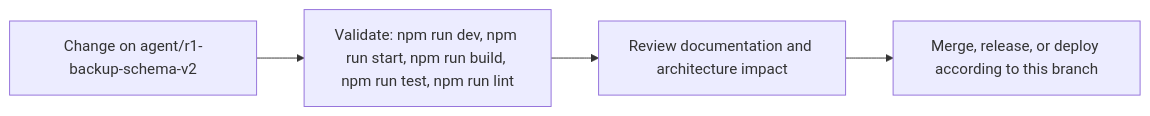
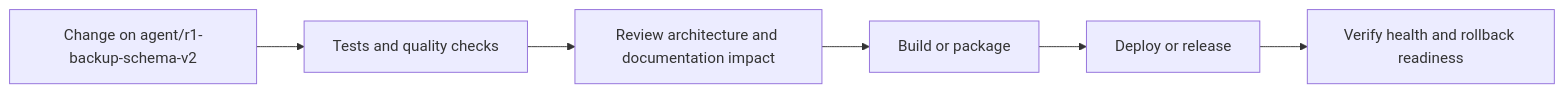
Before and after one commit to Nischhalsubba/BindForge-NW: the fourth of 5 diagrams in README.md, drawn with Mermaid. The commit also changed other lines of this file, not shown here.

````diff
--- a/README.md
+++ b/README.md
@@ -79,8 +158,8 @@
 ```mermaid
 flowchart LR
-    CHANGE["Change on agent/r1-backup-schema-v2"]
-    CHECK["Validate: npm run dev, npm run start, npm run build, npm run test, npm run lint"]
-    REVIEW["Review documentation and architecture impact"]
-    RELEASE["Merge, release, or deploy according to this branch"]
-    CHANGE --> CHECK --> REVIEW --> RELEASE
+    CHANGE["Change on agent/r1-backup-schema-v2"] --> CHECK["Tests and quality checks"]
+    CHECK --> REVIEW["Review architecture and documentation impact"]
+    REVIEW --> BUILD["Build or package"]
+    BUILD --> DEPLOY["Deploy or release"]
+    DEPLOY --> VERIFY["Verify health and rollback readiness"]
 ```
````
